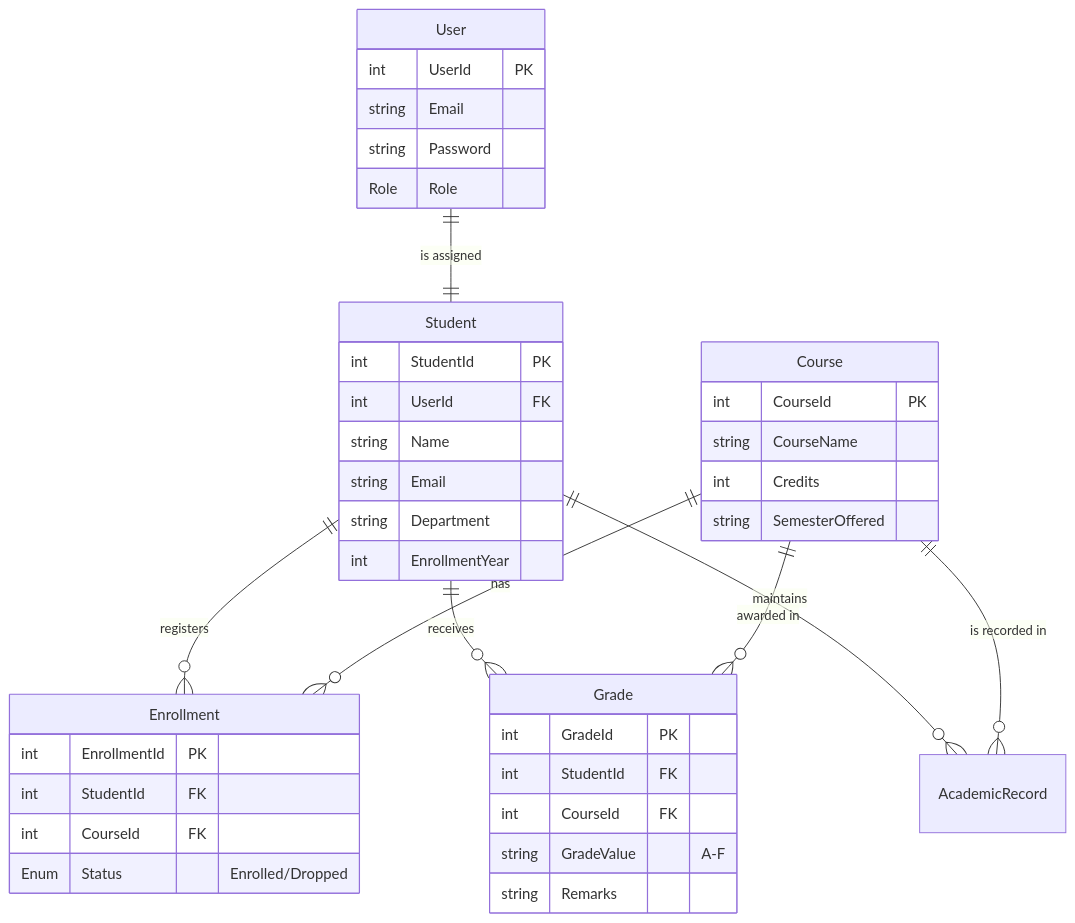
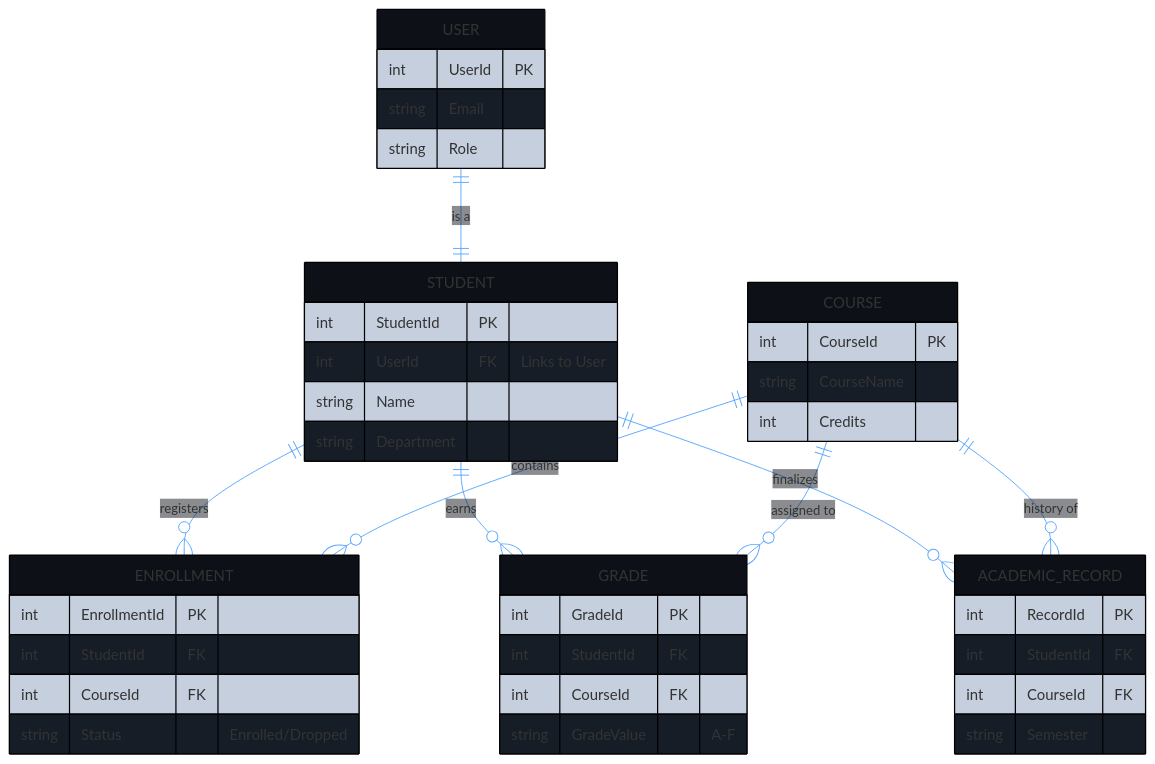
One commit to Mani-741/ABC_University_Management changed the second of 2 diagrams in README.md. Above: the diagram before and after it, drawn with Mermaid.

````diff
--- a/README.md
+++ b/README.md
@@ -69,50 +69,57 @@
 ```mermaid
+%%{init: {'theme': 'base', 'themeVariables': { 'primaryColor': '#0d1117', 'edgeLabelBackground':'#161b22', 'tertiaryColor': '#161b22', 'lineColor': '#58a6ff', 'mainBkg': '#0d1117'}}}%%
+
 erDiagram
-    User ||--|| Student : "is assigned"
-    Student ||--o{ Enrollment : "registers"
-    Student ||--o{ Grade : "receives"
-    Student ||--o{ AcademicRecord : "maintains"
+    %% Core Identity
+    USER ||--|| STUDENT : "is a"
     
-    Course ||--o{ Enrollment : "has"
-    Course ||--o{ Grade : "awarded in"
-    Course ||--o{ AcademicRecord : "is recorded in"
+    %% Academic Links
+    STUDENT ||--o{ ENROLLMENT : "registers"
+    STUDENT ||--o{ GRADE : "earns"
+    STUDENT ||--o{ ACADEMIC_RECORD : "finalizes"
+    
+    COURSE ||--o{ ENROLLMENT : "contains"
+    COURSE ||--o{ GRADE : "assigned to"
+    COURSE ||--o{ ACADEMIC_RECORD : "history of"
 
-    User {
+    USER {
         int UserId PK
         string Email
-        string Password
-        Role Role
+        string Role
     }
 
-    Student {
+    STUDENT {
         int StudentId PK
-        int UserId FK
+        int UserId FK "Links to User"
         string Name
-        string Email
         string Department
-        int EnrollmentYear
     }
 
-    Course {
+    COURSE {
         int CourseId PK
         string CourseName
         int Credits
-        string SemesterOffered
     }
 
-    Enrollment {
+    ENROLLMENT {
         int EnrollmentId PK
         int StudentId FK
         int CourseId FK
-        Enum Status "Enrolled/Dropped"
+        string Status "Enrolled/Dropped"
     }
 
-    Grade {
+    GRADE {
         int GradeId PK
         int StudentId FK
         int CourseId FK
         string GradeValue "A-F"
-        string Remarks
+    }
+
+    ACADEMIC_RECORD {
+        int RecordId PK
+        int StudentId FK
+        int CourseId FK
+        string Semester
     }
 
 ```
````
